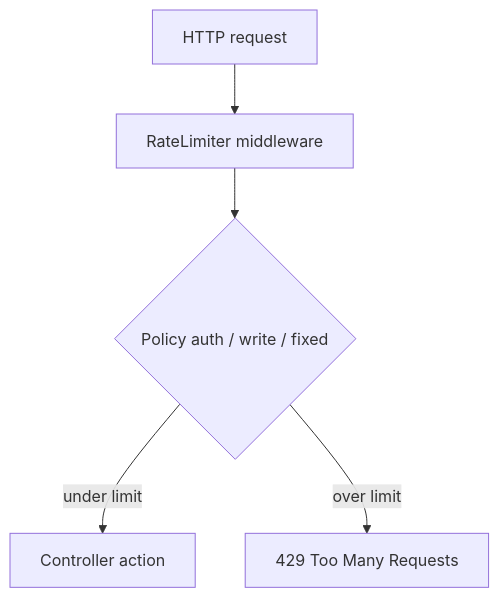
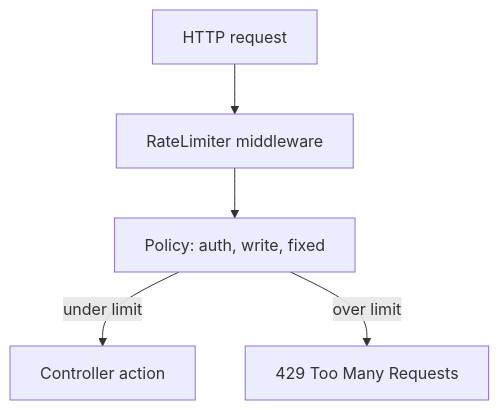
One commit to fdeniz07/BankApp changed the first of 2 diagrams in docs/learning/en/23-rate-limiting.md. Above: the diagram before and after it, drawn with Mermaid. The commit also changed other lines of this file and 105 other files, not shown here.

First line of the commit message:
doc: Enrich learning chapters with labs, pitfalls, and safe Mermaid

````diff
--- a/docs/learning/en/23-rate-limiting.md
+++ b/docs/learning/en/23-rate-limiting.md
@@ -11,7 +13,7 @@
 ```mermaid
 flowchart TD
-  REQ[HTTP request] --> MW[RateLimiter middleware]
-  MW --> POL{Policy auth / write / fixed}
-  POL -->|under limit| OK[Controller action]
-  POL -->|over limit| R429[429 Too Many Requests]
+  REQ["HTTP request"] --> MW["RateLimiter middleware"]
+  MW --> POL["Policy: auth, write, fixed"]
+  POL -->|under limit| OK["Controller action"]
+  POL -->|over limit| R429["429 Too Many Requests"]
 ```
````
